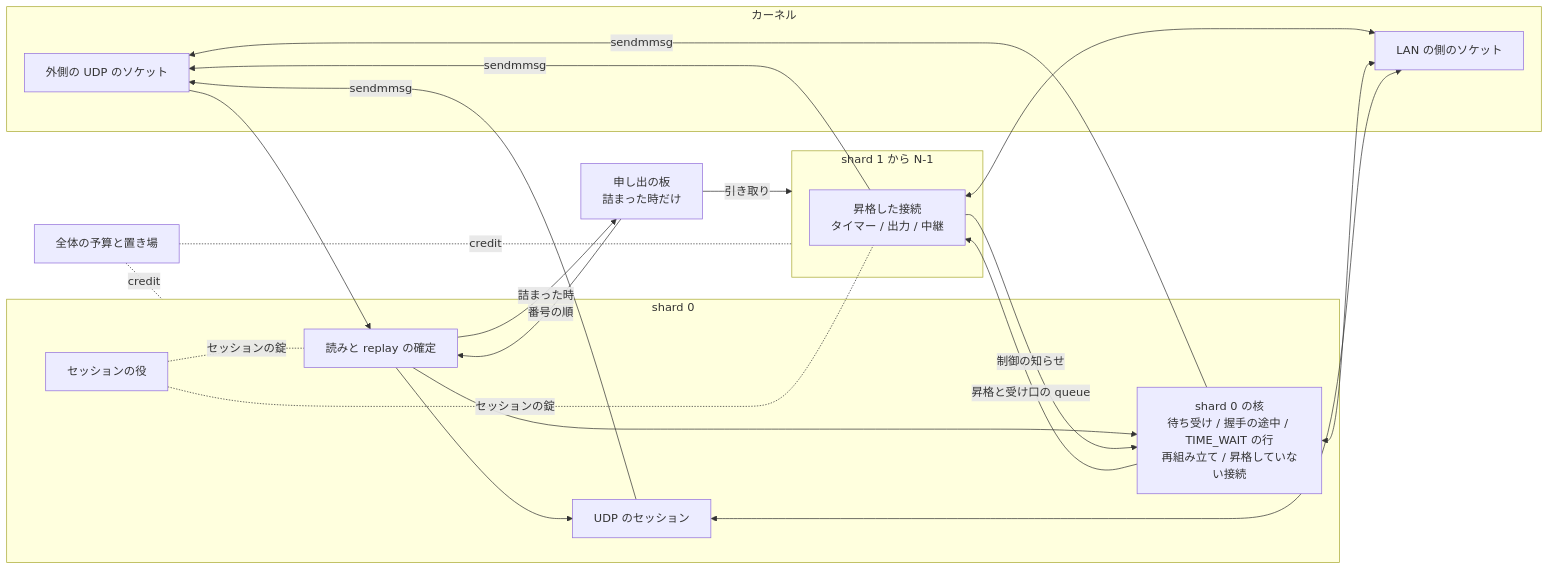
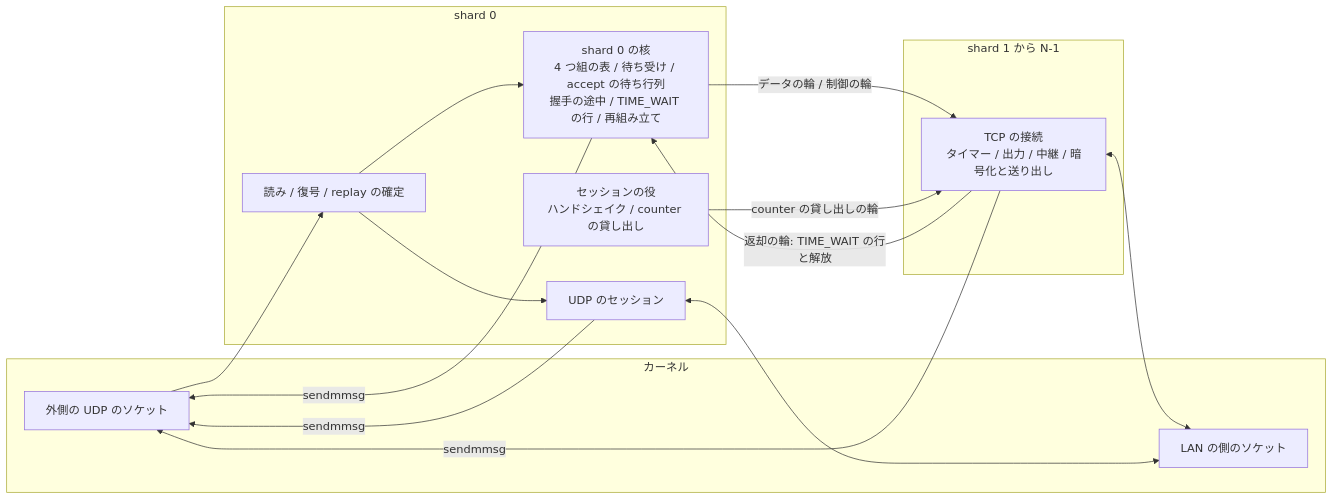
The first of 3 diagrams in docs/design/proposals/parallel-engine/ownership.md (rahanahu/wgft), drawn with Mermaid before and after one commit. The commit also changed other lines of this file and 6 other files, not shown here.

````diff
--- a/docs/design/proposals/parallel-engine/ownership.md
+++ b/docs/design/proposals/parallel-engine/ownership.md
@@ -13,36 +13,26 @@
 ```mermaid
 flowchart LR
   subgraph K[カーネル]
     OS[外側の UDP のソケット]
     LAN[LAN の側のソケット]
   end
   subgraph S0[shard 0]
-    RD[読みと replay の確定]
-    C0[shard 0 の核<br/>待ち受け / 握手の途中 / TIME_WAIT の行<br/>再組み立て / 昇格していない接続]
+    RX[読み / 復号 / replay の確定]
+    C0[shard 0 の核<br/>4 つ組の表 / 待ち受け / accept の待ち行列<br/>握手の途中 / TIME_WAIT の行 / 再組み立て]
     U[UDP のセッション]
-    SE[セッションの役]
+    SE[セッションの役<br/>ハンドシェイク / counter の貸し出し]
   end
-  subgraph SX[shard 1 から N-1]
-    T[昇格した接続<br/>タイマー / 出力 / 中継]
+  subgraph SK[shard 1 から N-1]
+    T[TCP の接続<br/>タイマー / 出力 / 中継 / 暗号化と送り出し]
   end
-  BOARD[申し出の板<br/>詰まった時だけ]
-  G[全体の予算と置き場]
-  OS --> RD
-  RD -->|詰まった時| BOARD
-  BOARD -->|引き取り| SX
-  BOARD -->|番号の順| RD
-  RD --> C0
-  RD --> U
-  C0 -->|昇格と受け口の queue| T
-  T -->|制御の知らせ| C0
+  OS --> RX --> C0
+  RX --> U
+  C0 -->|データの輪 / 制御の輪| T
+  T -->|返却の輪: TIME_WAIT の行と解放| C0
+  SE -->|counter の貸し出しの輪| T
   T -->|sendmmsg| OS
   C0 -->|sendmmsg| OS
   U -->|sendmmsg| OS
   T <--> LAN
-  C0 <--> LAN
   U <--> LAN
-  SE -. セッションの錠 .- RD
-  SE -. セッションの錠 .- T
-  G -. credit .- S0
-  G -. credit .- SX
 ```
````
